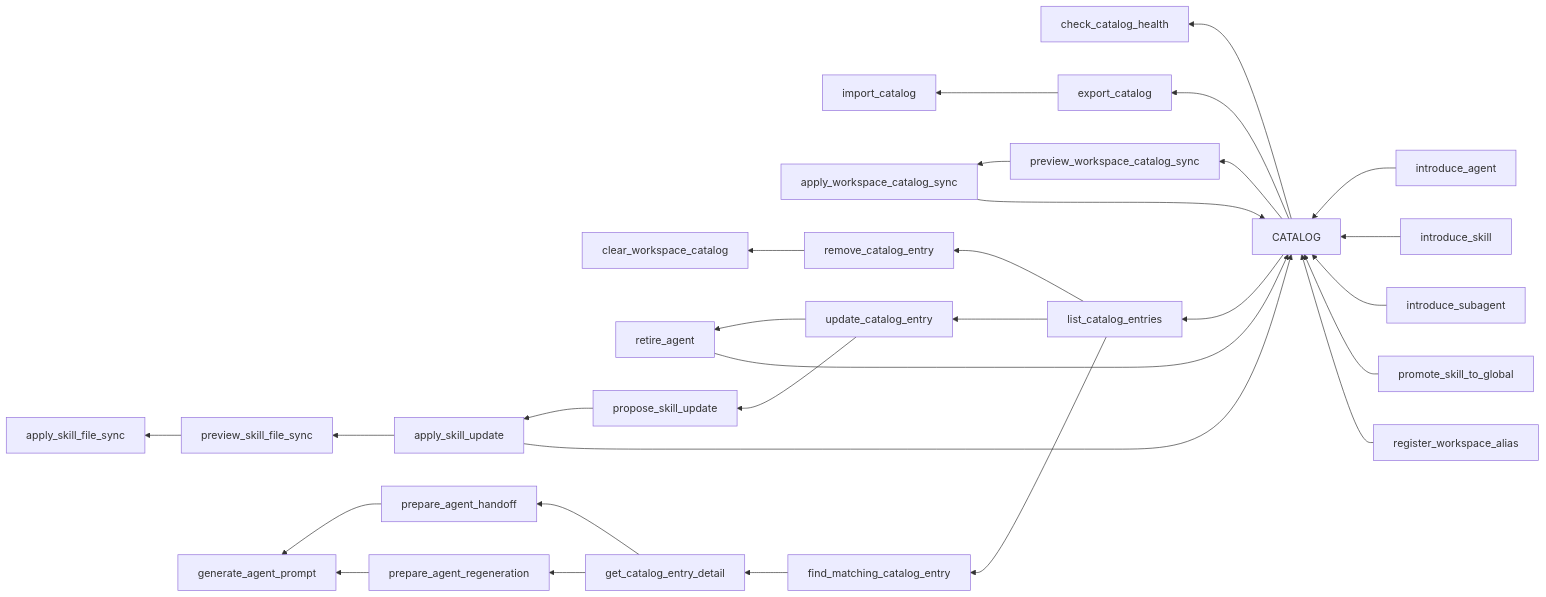
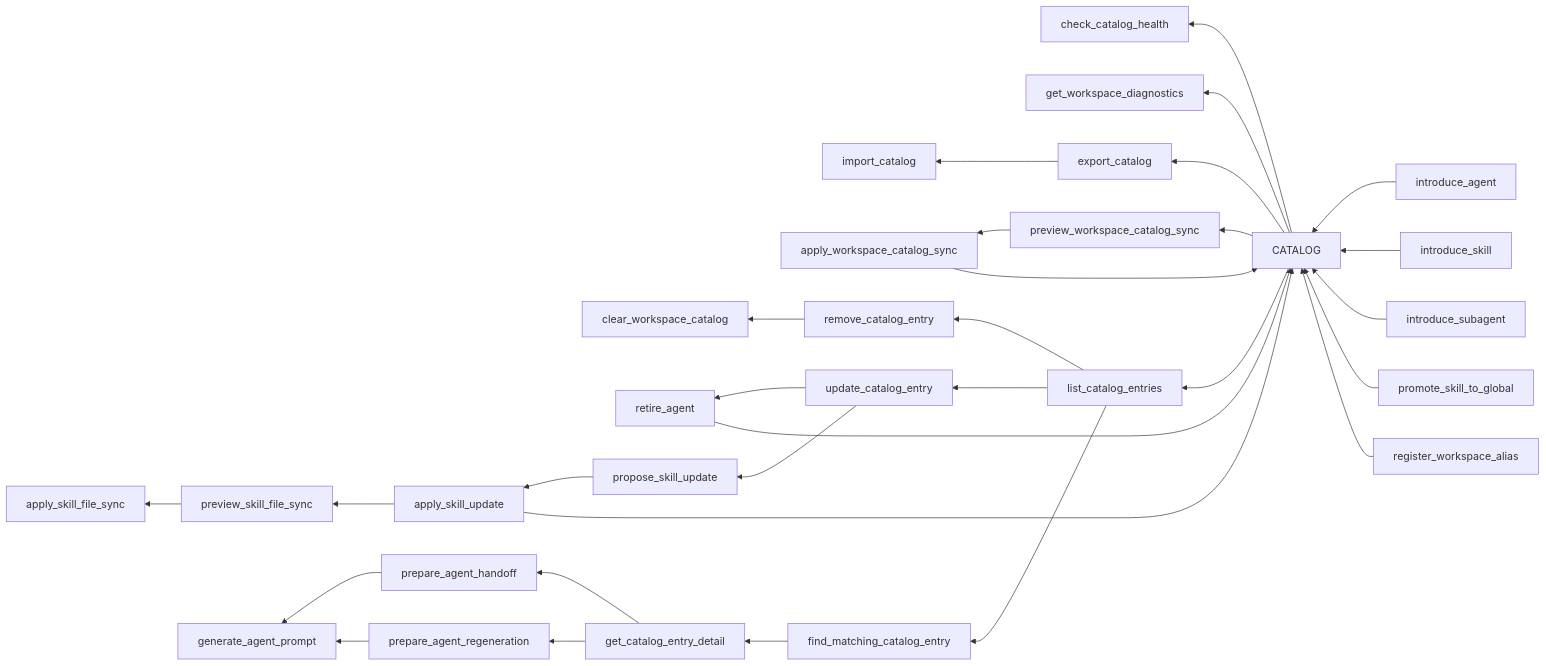
The diagram in README.md (okanaslan/lor-mcp), drawn with Mermaid before and after one commit. The commit also changed other lines of this file and 15 other files, not shown here.

````diff
--- a/README.md
+++ b/README.md
@@ -87,34 +88,35 @@
 ```mermaid
 flowchart RL
   catalog["CATALOG"]
 
   introduceAgent["introduce_agent"] --> catalog
   introduceSkill["introduce_skill"] --> catalog
   introduceSubagent["introduce_subagent"] --> catalog
   promoteSkill["promote_skill_to_global"] --> catalog
   registerAlias["register_workspace_alias"] --> catalog
   catalog --> checkHealth["check_catalog_health"]
+  catalog --> workspaceDiagnostics["get_workspace_diagnostics"]
   catalog --> exportCatalog["export_catalog"]
   exportCatalog --> importCatalog["import_catalog"]
   catalog --> previewWorkspaceSync["preview_workspace_catalog_sync"]
   previewWorkspaceSync --> applyWorkspaceSync["apply_workspace_catalog_sync"]
   applyWorkspaceSync --> catalog
   catalog --> listEntries["list_catalog_entries"]
 
   listEntries --> removeEntry["remove_catalog_entry"]
   removeEntry --> clearCatalog["clear_workspace_catalog"]
   listEntries --> updateEntry["update_catalog_entry"]
   updateEntry --> retireAgent["retire_agent"]
   retireAgent --> catalog
   updateEntry --> proposeSkillUpdate["propose_skill_update"]
   proposeSkillUpdate --> applySkillUpdate["apply_skill_update"]
   applySkillUpdate --> catalog
   applySkillUpdate --> previewSkillFileSync["preview_skill_file_sync"]
   previewSkillFileSync --> applySkillFileSync["apply_skill_file_sync"]
   listEntries --> findMatch["find_matching_catalog_entry"]
   findMatch --> detail["get_catalog_entry_detail"]
   detail --> handoff["prepare_agent_handoff"]
   detail --> regeneration["prepare_agent_regeneration"]
   handoff --> generatePrompt["generate_agent_prompt"]
   regeneration --> generatePrompt
 ```
````
